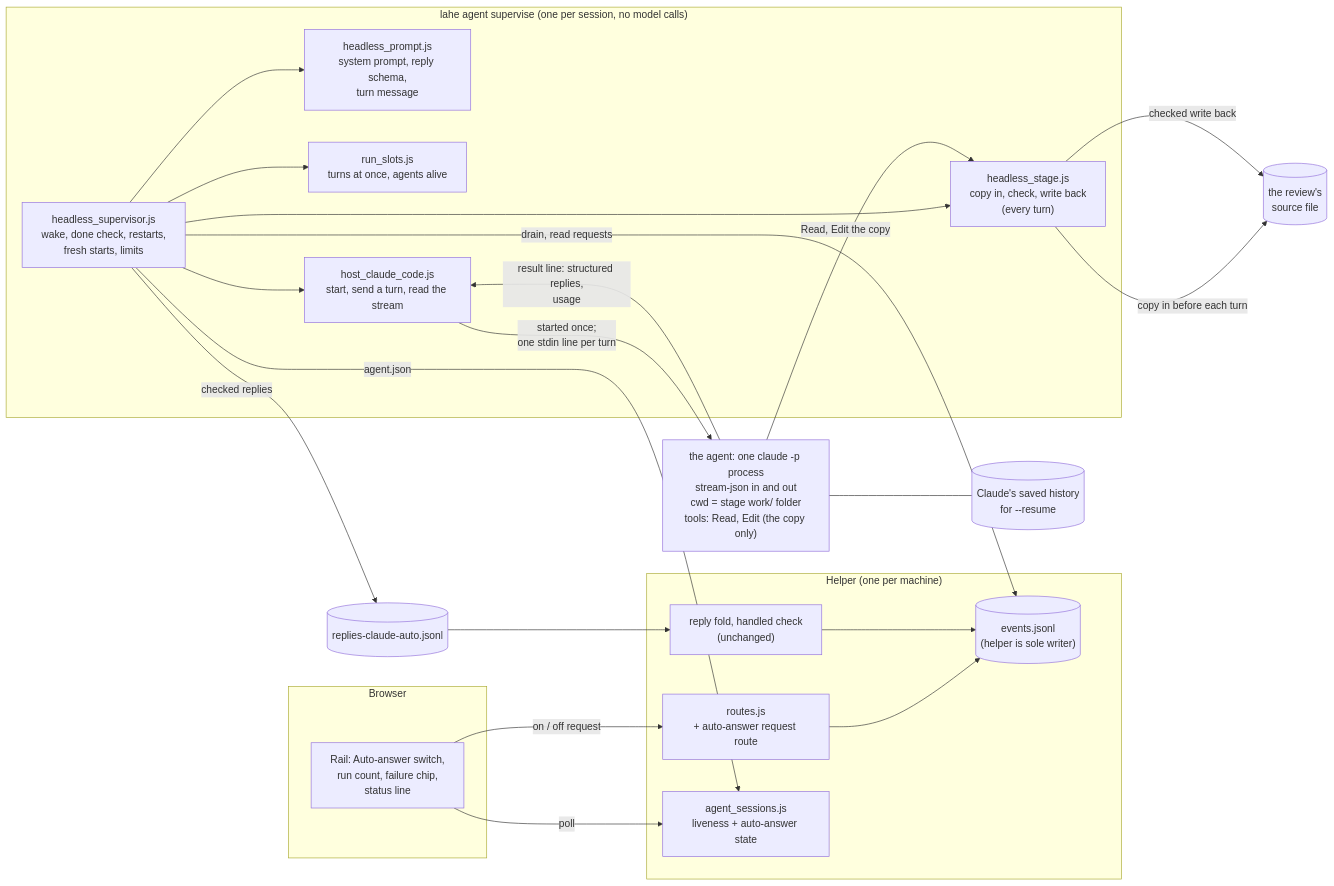
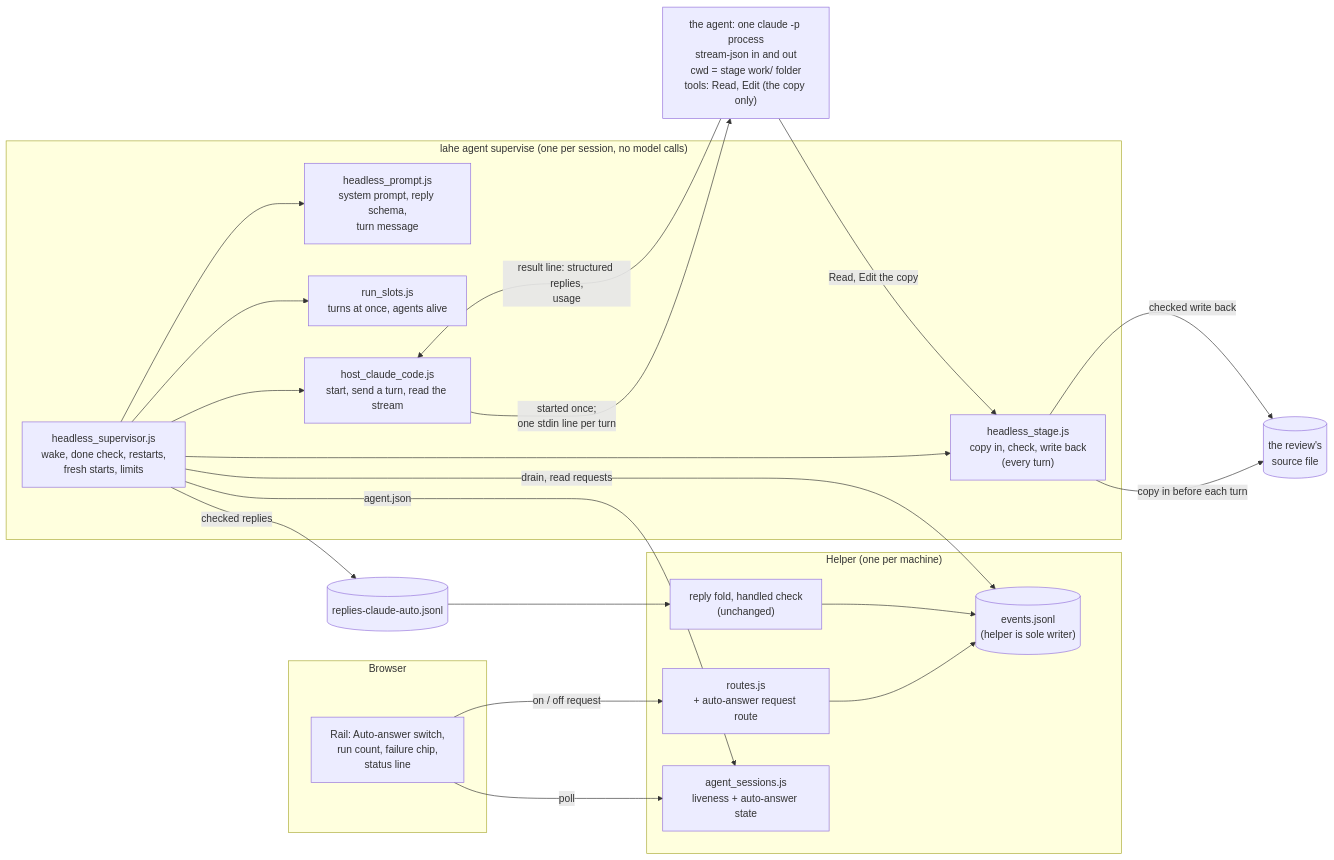
The first of 7 diagrams in docs/features/20260929.01_lahe_agent_sdk/02_architecture_lahe_agent_sdk.md (kenxle/live-agentic-html-editor), drawn with Mermaid before and after one commit. The commit also changed other lines of this file and 4 other files, not shown here.

````diff
--- a/docs/features/20260929.01_lahe_agent_sdk/02_architecture_lahe_agent_sdk.md
+++ b/docs/features/20260929.01_lahe_agent_sdk/02_architecture_lahe_agent_sdk.md
@@ -57,39 +57,37 @@
 ```mermaid
 flowchart LR
   subgraph Browser
     Rail["Rail: Auto-answer switch,<br/>run count, failure chip,<br/>status line"]
   end
   subgraph "Helper (one per machine)"
     Routes["routes.js<br/>+ auto-answer request route"]
     Fold["reply fold, handled check<br/>(unchanged)"]
     Live["agent_sessions.js<br/>liveness + auto-answer state"]
     Log[("events.jsonl<br/>(helper is sole writer)")]
   end
   subgraph "lahe agent supervise (one per session, no model calls)"
     Sup["headless_supervisor.js<br/>wake, done check, restarts,<br/>fresh starts, limits"]
     Stage["headless_stage.js<br/>copy in, check, write back<br/>(every turn)"]
     Prompt["headless_prompt.js<br/>system prompt, reply schema,<br/>turn message"]
     Slots["run_slots.js<br/>turns at once, agents alive"]
     Host["host_claude_code.js<br/>start, send a turn, read the stream"]
   end
   Claude["the agent: one claude -p process<br/>stream-json in and out<br/>cwd = stage work/ folder<br/>tools: Read, Edit (the copy only)"]
   Src[("the review's<br/>source file")]
   RF[("replies-claude-auto.jsonl")]
-  Hist[("Claude's saved history<br/>for --resume")]
 
   Rail -->|"on / off request"| Routes --> Log
   Rail -->|poll| Live
   Sup -->|"drain, read requests"| Log
   Sup --> Slots
   Sup --> Stage
   Stage -->|"copy in before each turn"| Src
   Sup --> Prompt
   Sup --> Host
   Host -->|"started once;<br/>one stdin line per turn"| Claude
   Claude -->|"Read, Edit the copy"| Stage
   Claude -->|"result line: structured replies,<br/>usage"| Host
-  Claude --- Hist
   Stage -->|"checked write back"| Src
   Sup -->|"checked replies"| RF --> Fold --> Log
   Sup -->|"agent.json"| Live
 ```
````
